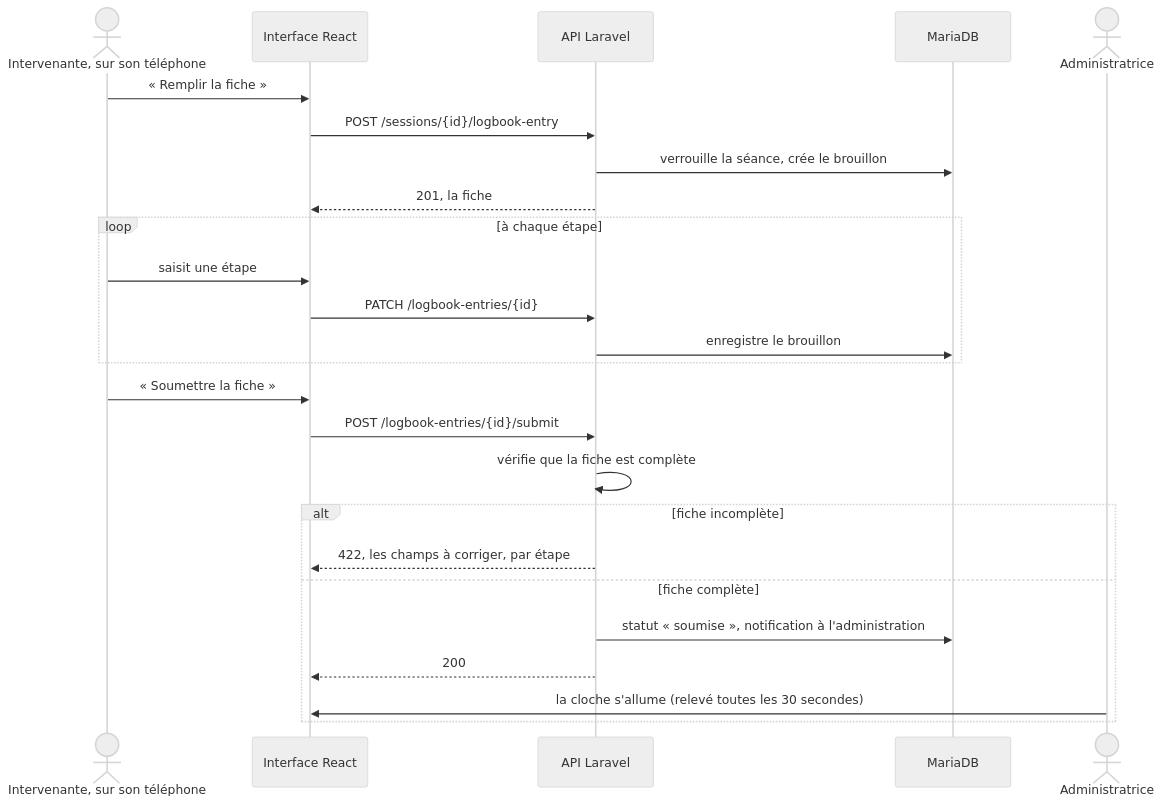
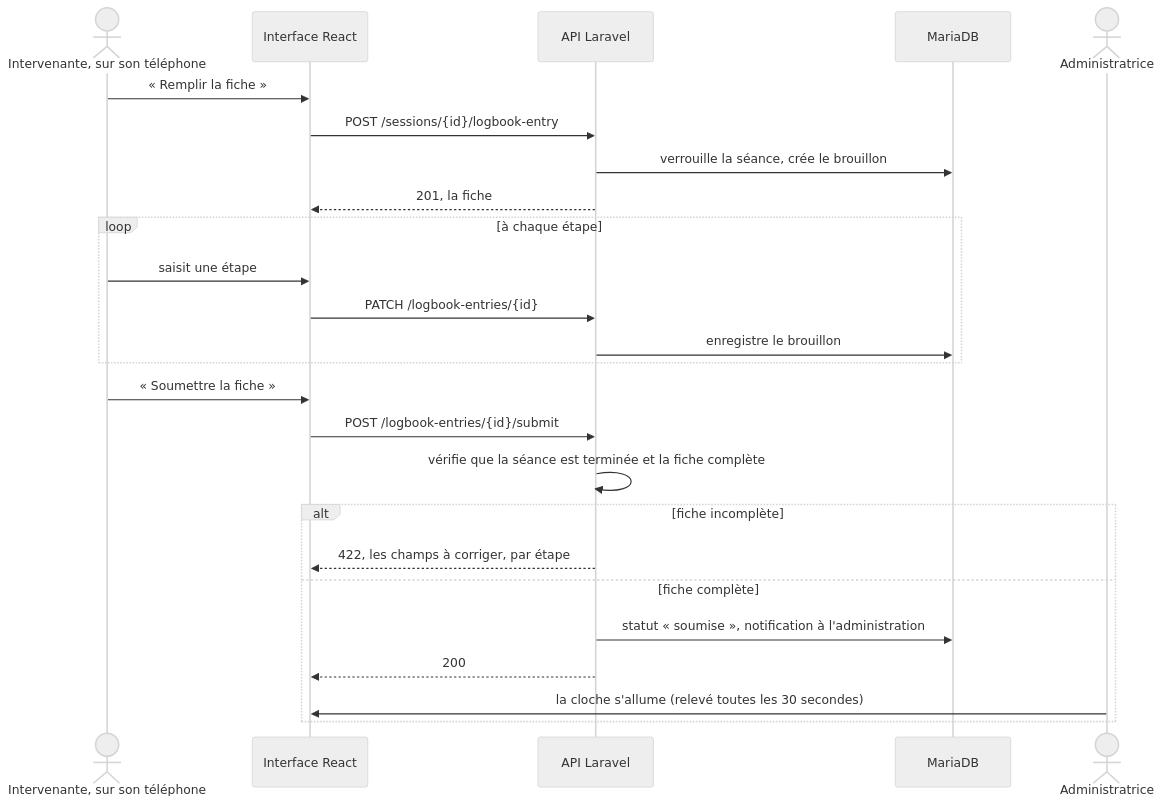
The fourth of 5 diagrams in docs/CONCEPTION.md (EnzoBagnis/KLAP), drawn with Mermaid (neutral theme) before and after one commit. The commit also changed other lines of this file and 1 other file, not shown here.

Commit message:
docs: la fiche se soumet une fois la séance terminée ; paragraphe en double retiré du guide

````diff
--- a/docs/CONCEPTION.md
+++ b/docs/CONCEPTION.md
@@ -161,28 +161,28 @@
 ```mermaid
 sequenceDiagram
     actor Lea as Intervenante, sur son téléphone
     participant Front as Interface React
     participant API as API Laravel
     participant Base as MariaDB
     actor Mariette as Administratrice
 
     Lea->>Front: « Remplir la fiche »
     Front->>API: POST /sessions/{id}/logbook-entry
     API->>Base: verrouille la séance, crée le brouillon
     API-->>Front: 201, la fiche
     loop à chaque étape
         Lea->>Front: saisit une étape
         Front->>API: PATCH /logbook-entries/{id}
         API->>Base: enregistre le brouillon
     end
     Lea->>Front: « Soumettre la fiche »
     Front->>API: POST /logbook-entries/{id}/submit
-    API->>API: vérifie que la fiche est complète
+    API->>API: vérifie que la séance est terminée et la fiche complète
     alt fiche incomplète
         API-->>Front: 422, les champs à corriger, par étape
     else fiche complète
         API->>Base: statut « soumise », notification à l'administration
         API-->>Front: 200
         Mariette->>Front: la cloche s'allume (relevé toutes les 30 secondes)
     end
 ```
````
